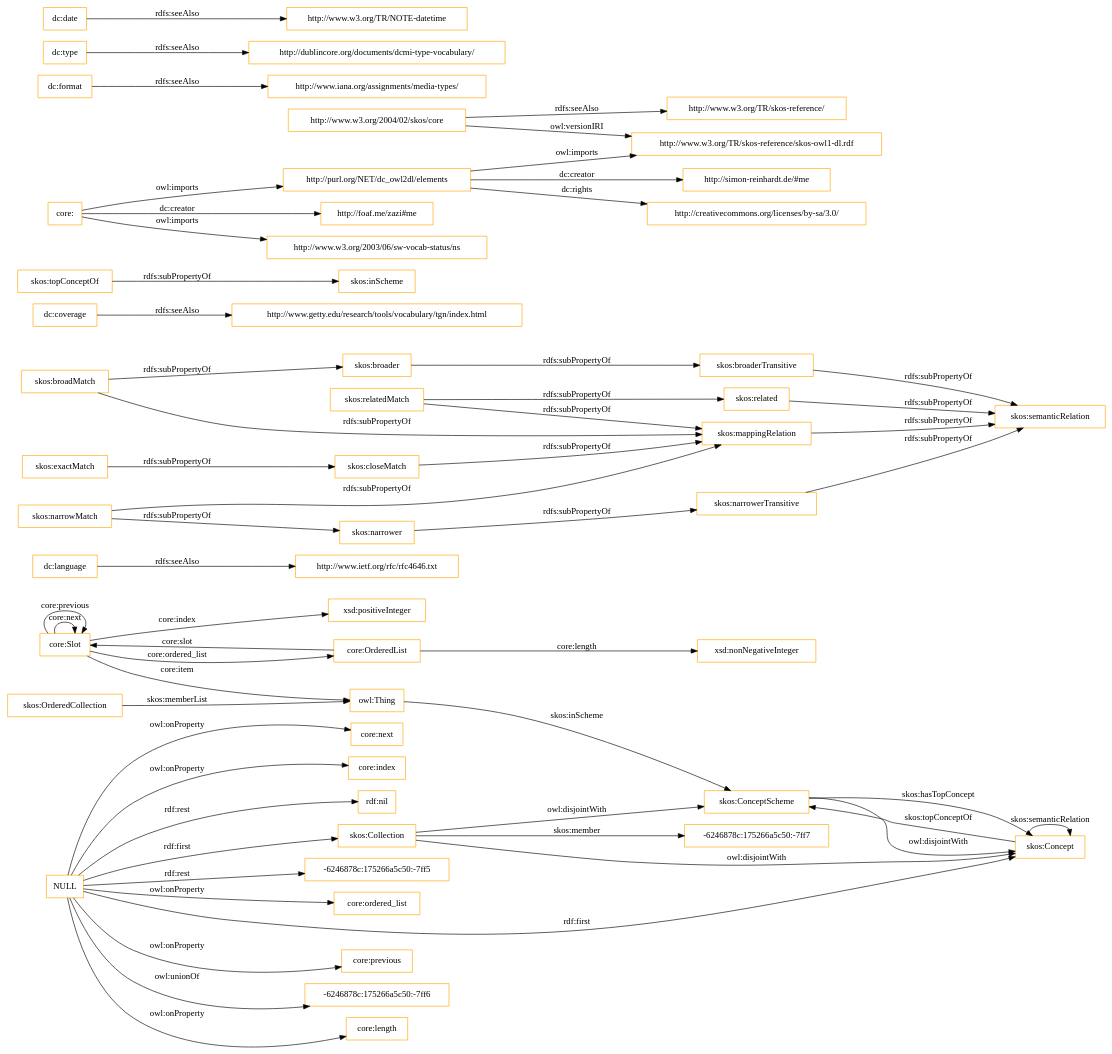
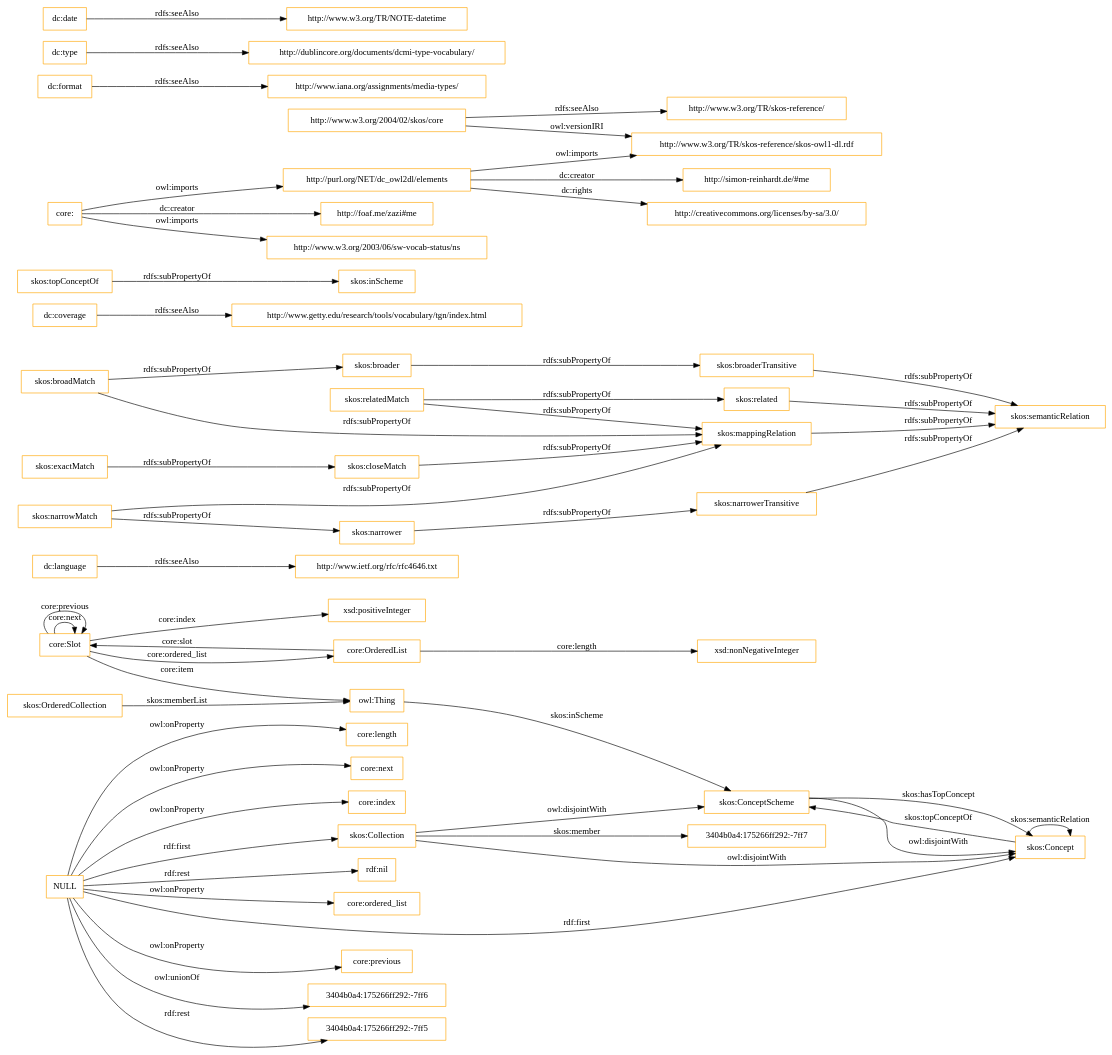
One commit to OnToologyUser/core-ontology-1 changed the diagram in OnToology/imports/core.owl/diagrams/ar2dtool-class/core.owl.png.dot. Above: the diagram before and after it, drawn with Graphviz. The commit also changed 14 other files, not shown here.

```diff
--- a/OnToology/imports/core.owl/diagrams/ar2dtool-class/core.owl.png.dot
+++ b/OnToology/imports/core.owl/diagrams/ar2dtool-class/core.owl.png.dot
@@ -1,60 +1,60 @@
 digraph ar2dtool_diagram { 
 rankdir=LR;
 size="1501"
-node [shape = rectangle, color="orange"]; "core:Slot" "core:OrderedList" "-6246878c:175266a5c50:-7ff7" "skos:OrderedCollection" "skos:Collection" "skos:ConceptScheme" "skos:Concept" ; /*classes style*/
+node [shape = rectangle, color="orange"]; "core:Slot" "core:OrderedList" "3404b0a4:175266ff292:-7ff7" "skos:OrderedCollection" "skos:Collection" "skos:ConceptScheme" "skos:Concept" ; /*classes style*/
 	"dc:language" -> "http://www.ietf.org/rfc/rfc4646.txt" [ label = "rdfs:seeAlso" ];
 	"NULL" -> "core:previous" [ label = "owl:onProperty" ];
-	"NULL" -> "-6246878c:175266a5c50:-7ff6" [ label = "owl:unionOf" ];
+	"NULL" -> "3404b0a4:175266ff292:-7ff6" [ label = "owl:unionOf" ];
+	"NULL" -> "3404b0a4:175266ff292:-7ff5" [ label = "rdf:rest" ];
 	"NULL" -> "core:length" [ label = "owl:onProperty" ];
 	"NULL" -> "skos:Concept" [ label = "rdf:first" ];
 	"NULL" -> "core:next" [ label = "owl:onProperty" ];
 	"NULL" -> "core:index" [ label = "owl:onProperty" ];
 	"NULL" -> "rdf:nil" [ label = "rdf:rest" ];
-	"NULL" -> "-6246878c:175266a5c50:-7ff5" [ label = "rdf:rest" ];
 	"NULL" -> "core:ordered_list" [ label = "owl:onProperty" ];
 	"NULL" -> "skos:Collection" [ label = "rdf:first" ];
 	"skos:closeMatch" -> "skos:mappingRelation" [ label = "rdfs:subPropertyOf" ];
 	"dc:coverage" -> "http://www.getty.edu/research/tools/vocabulary/tgn/index.html" [ label = "rdfs:seeAlso" ];
 	"skos:relatedMatch" -> "skos:related" [ label = "rdfs:subPropertyOf" ];
 	"skos:relatedMatch" -> "skos:mappingRelation" [ label = "rdfs:subPropertyOf" ];
 	"skos:ConceptScheme" -> "skos:Concept" [ label = "owl:disjointWith" ];
 	"skos:related" -> "skos:semanticRelation" [ label = "rdfs:subPropertyOf" ];
 	"skos:topConceptOf" -> "skos:inScheme" [ label = "rdfs:subPropertyOf" ];
 	"skos:broadMatch" -> "skos:broader" [ label = "rdfs:subPropertyOf" ];
 	"skos:broadMatch" -> "skos:mappingRelation" [ label = "rdfs:subPropertyOf" ];
 	"http://purl.org/NET/dc_owl2dl/elements" -> "http://www.w3.org/TR/skos-reference/skos-owl1-dl.rdf" [ label = "owl:imports" ];
 	"http://purl.org/NET/dc_owl2dl/elements" -> "http://creativecommons.org/licenses/by-sa/3.0/" [ label = "dc:rights" ];
 	"http://purl.org/NET/dc_owl2dl/elements" -> "http://simon-reinhardt.de/#me" [ label = "dc:creator" ];
 	"skos:exactMatch" -> "skos:closeMatch" [ label = "rdfs:subPropertyOf" ];
 	"dc:format" -> "http://www.iana.org/assignments/media-types/" [ label = "rdfs:seeAlso" ];
 	"core:" -> "http://foaf.me/zazi#me" [ label = "dc:creator" ];
 	"core:" -> "http://www.w3.org/2003/06/sw-vocab-status/ns" [ label = "owl:imports" ];
 	"core:" -> "http://purl.org/NET/dc_owl2dl/elements" [ label = "owl:imports" ];
 	"skos:broaderTransitive" -> "skos:semanticRelation" [ label = "rdfs:subPropertyOf" ];
 	"skos:mappingRelation" -> "skos:semanticRelation" [ label = "rdfs:subPropertyOf" ];
 	"skos:broader" -> "skos:broaderTransitive" [ label = "rdfs:subPropertyOf" ];
 	"dc:type" -> "http://dublincore.org/documents/dcmi-type-vocabulary/" [ label = "rdfs:seeAlso" ];
 	"http://www.w3.org/2004/02/skos/core" -> "http://www.w3.org/TR/skos-reference/skos-owl1-dl.rdf" [ label = "owl:versionIRI" ];
 	"http://www.w3.org/2004/02/skos/core" -> "http://www.w3.org/TR/skos-reference/" [ label = "rdfs:seeAlso" ];
 	"skos:Collection" -> "skos:ConceptScheme" [ label = "owl:disjointWith" ];
 	"skos:Collection" -> "skos:Concept" [ label = "owl:disjointWith" ];
 	"skos:narrowMatch" -> "skos:narrower" [ label = "rdfs:subPropertyOf" ];
 	"skos:narrowMatch" -> "skos:mappingRelation" [ label = "rdfs:subPropertyOf" ];
 	"skos:narrower" -> "skos:narrowerTransitive" [ label = "rdfs:subPropertyOf" ];
 	"dc:date" -> "http://www.w3.org/TR/NOTE-datetime" [ label = "rdfs:seeAlso" ];
 	"skos:narrowerTransitive" -> "skos:semanticRelation" [ label = "rdfs:subPropertyOf" ];
 	"core:Slot" -> "xsd:positiveInteger" [ label = "core:index" ];
 	"skos:Concept" -> "skos:ConceptScheme" [ label = "skos:topConceptOf" ];
 	"core:Slot" -> "owl:Thing" [ label = "core:item" ];
 	"core:OrderedList" -> "xsd:nonNegativeInteger" [ label = "core:length" ];
 	"core:OrderedList" -> "core:Slot" [ label = "core:slot" ];
-	"skos:Collection" -> "-6246878c:175266a5c50:-7ff7" [ label = "skos:member" ];
+	"skos:Collection" -> "3404b0a4:175266ff292:-7ff7" [ label = "skos:member" ];
 	"core:Slot" -> "core:Slot" [ label = "core:next" ];
 	"skos:ConceptScheme" -> "skos:Concept" [ label = "skos:hasTopConcept" ];
 	"owl:Thing" -> "skos:ConceptScheme" [ label = "skos:inScheme" ];
 	"core:Slot" -> "core:Slot" [ label = "core:previous" ];
 	"skos:OrderedCollection" -> "owl:Thing" [ label = "skos:memberList" ];
 	"skos:Concept" -> "skos:Concept" [ label = "skos:semanticRelation" ];
 	"core:Slot" -> "core:OrderedList" [ label = "core:ordered_list" ];
 
 }
```
